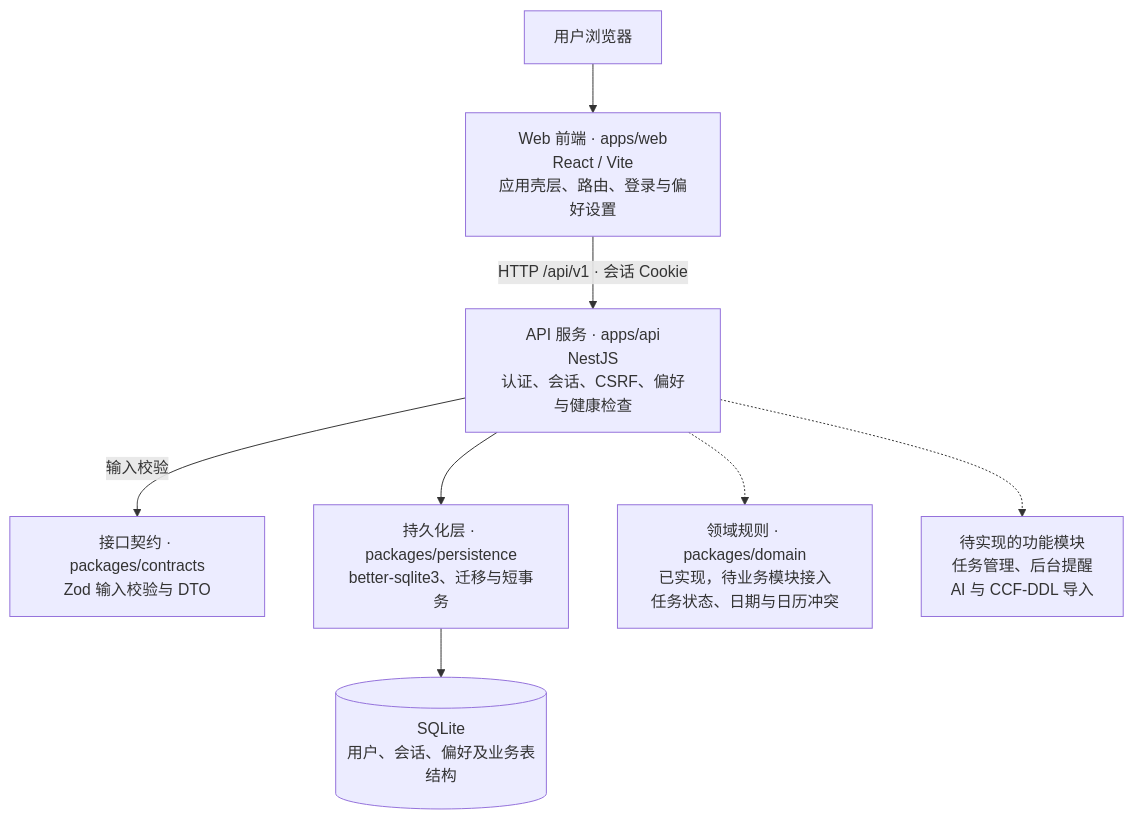
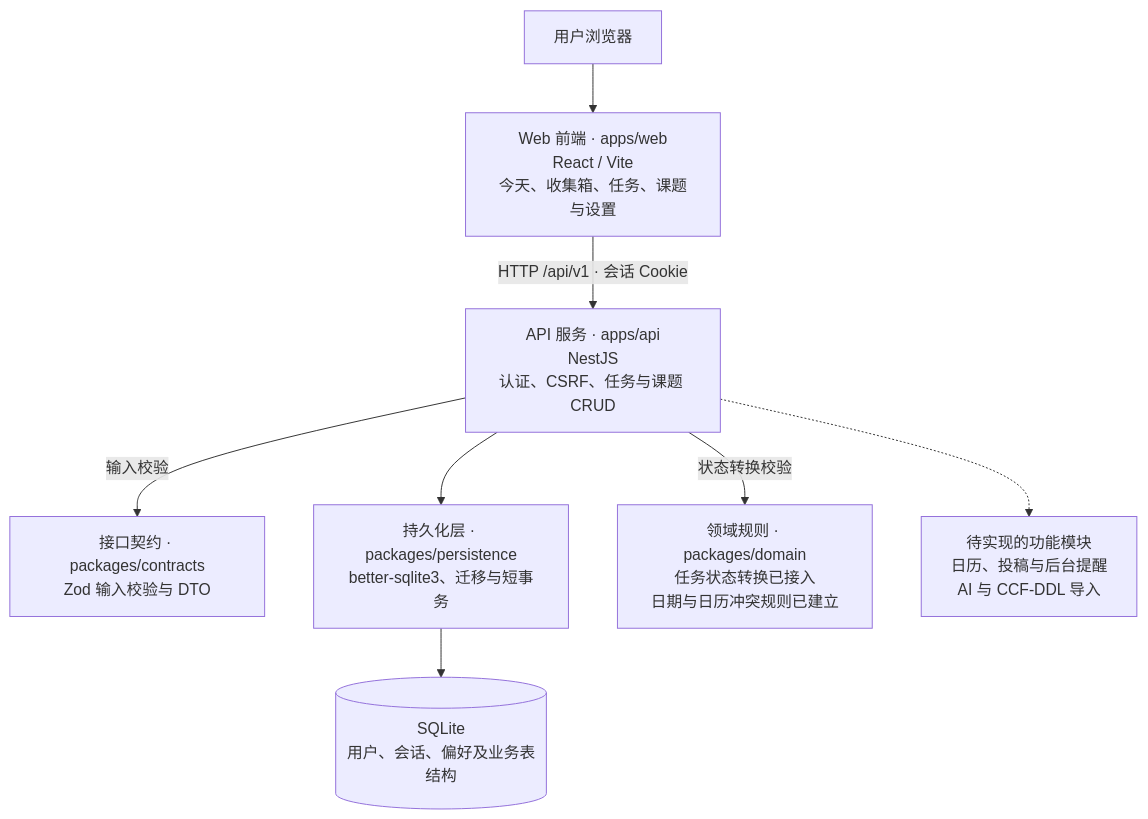
One commit to shenyang70s/daily-plan changed the diagram in README.md. Above: the diagram before and after it, drawn with Mermaid. The commit also changed other lines of this file and 28 other files, not shown here.

````diff
--- a/README.md
+++ b/README.md
@@ -17,19 +17,19 @@
 ```mermaid
 flowchart TB
   browser["用户浏览器"]
-  web["Web 前端 · apps/web<br/>React / Vite<br/>应用壳层、路由、登录与偏好设置"]
-  api["API 服务 · apps/api<br/>NestJS<br/>认证、会话、CSRF、偏好与健康检查"]
+  web["Web 前端 · apps/web<br/>React / Vite<br/>今天、收集箱、任务、课题与设置"]
+  api["API 服务 · apps/api<br/>NestJS<br/>认证、CSRF、任务与课题 CRUD"]
   contracts["接口契约 · packages/contracts<br/>Zod 输入校验与 DTO"]
   persistence["持久化层 · packages/persistence<br/>better-sqlite3、迁移与短事务"]
   db[("SQLite<br/>用户、会话、偏好及业务表结构")]
-  domain["领域规则 · packages/domain<br/>已实现，待业务模块接入<br/>任务状态、日期与日历冲突"]
-  planned["待实现的功能模块<br/>任务管理、后台提醒<br/>AI 与 CCF-DDL 导入"]
+  domain["领域规则 · packages/domain<br/>任务状态转换已接入<br/>日期与日历冲突规则已建立"]
+  planned["待实现的功能模块<br/>日历、投稿与后台提醒<br/>AI 与 CCF-DDL 导入"]
 
   browser --> web
   web -->|"HTTP /api/v1 · 会话 Cookie"| api
   api -->|"输入校验"| contracts
   api --> persistence
   persistence --> db
-  api -.-> domain
+  api -->|"状态转换校验"| domain
   api -.-> planned
 ```
````
